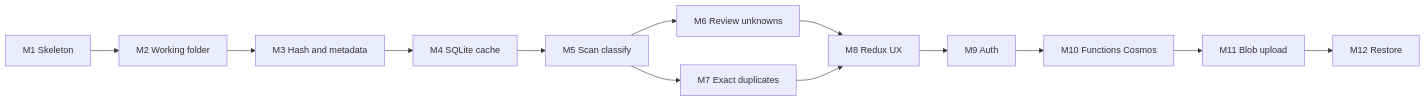
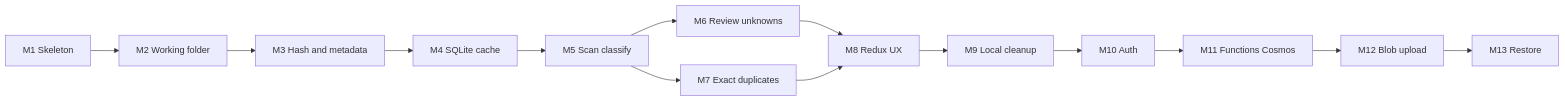
Before and after one commit to digillent/yaadein: the second of 2 diagrams in ROADMAP.md, drawn with Mermaid. The commit also changed other lines of this file and 4 other files, not shown here.

First line of the commit message:
Refine foundation docs for cleanup, size-first duplicates, and Cosmos fields.

````diff
--- a/ROADMAP.md
+++ b/ROADMAP.md
@@ -282,15 +308,16 @@
 ```mermaid
 flowchart LR
   M1[M1 Skeleton] --> M2[M2 Working folder]
   M2 --> M3[M3 Hash and metadata]
   M3 --> M4[M4 SQLite cache]
   M4 --> M5[M5 Scan classify]
   M5 --> M6[M6 Review unknowns]
   M5 --> M7[M7 Exact duplicates]
   M6 --> M8[M8 Redux UX]
   M7 --> M8
-  M8 --> M9[M9 Auth]
-  M9 --> M10[M10 Functions Cosmos]
-  M10 --> M11[M11 Blob upload]
-  M11 --> M12[M12 Restore]
+  M8 --> M9[M9 Local cleanup]
+  M9 --> M10[M10 Auth]
+  M10 --> M11[M11 Functions Cosmos]
+  M11 --> M12[M12 Blob upload]
+  M12 --> M13[M13 Restore]
 ```
````
